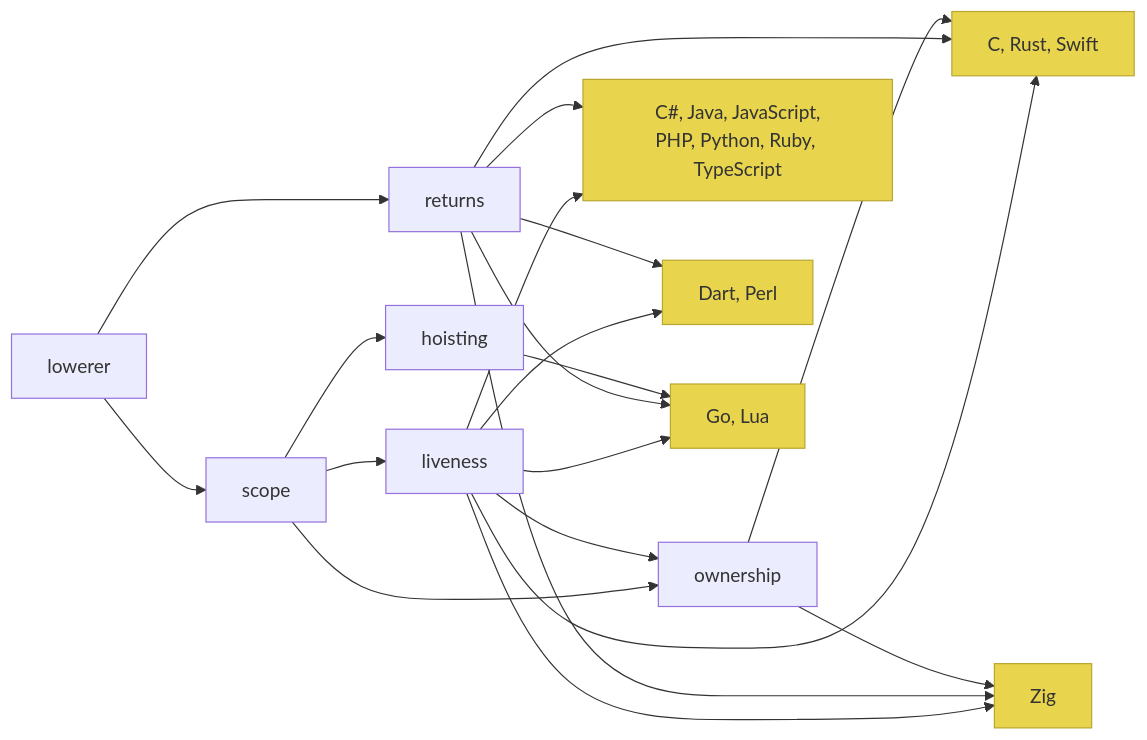
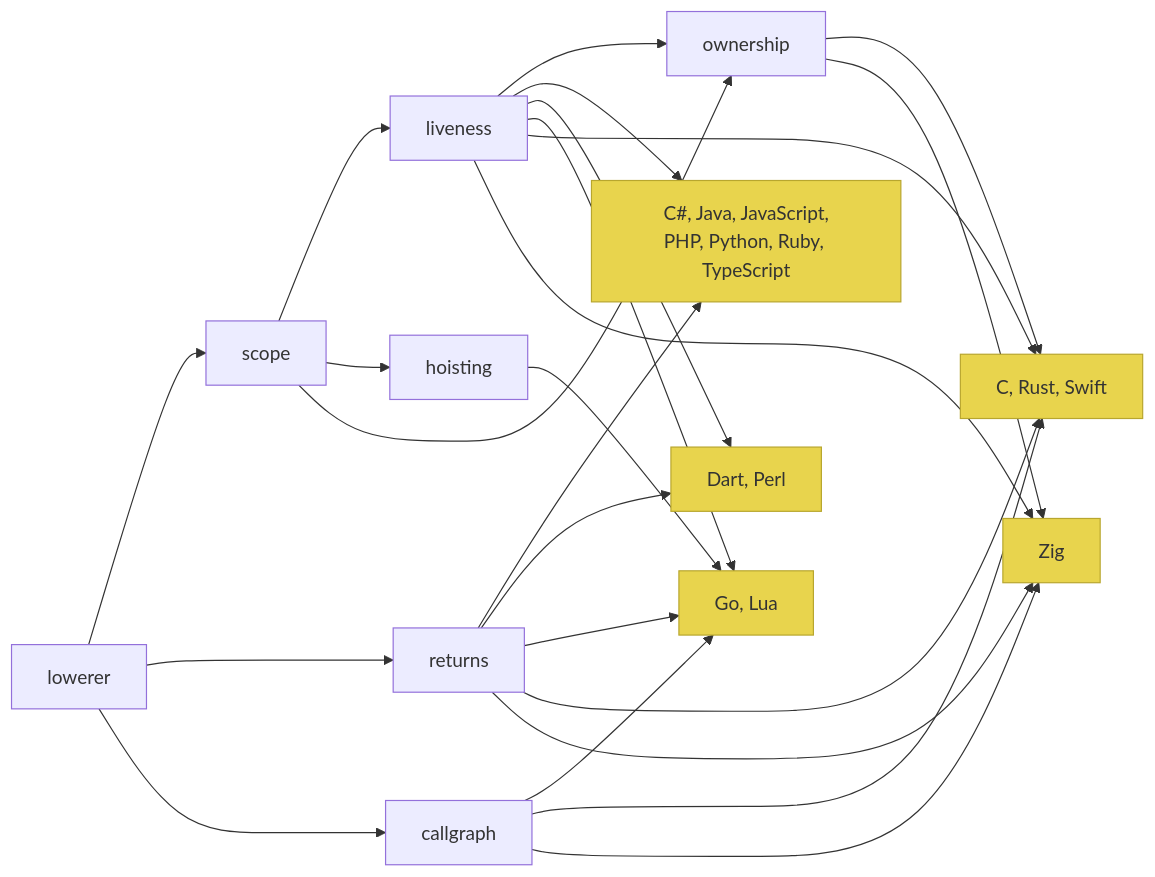
One commit to ldayton/Tongues changed the diagram in taytsh/spec/middleend-spec-v2.md. Above: the diagram before and after it, drawn with Mermaid. The commit also changed other lines of this file and 3 other files, not shown here.

````diff
--- a/taytsh/spec/middleend-spec-v2.md
+++ b/taytsh/spec/middleend-spec-v2.md
@@ -81,28 +99,32 @@
 ```mermaid
 graph LR
     lowerer --> scope
     lowerer --> returns
+    lowerer --> callgraph
 
     scope --> liveness
     scope --> hoisting
     scope --> ownership
     liveness --> ownership
 
     liveness --> g1["C#, Java, JavaScript,
 PHP, Python, Ruby, TypeScript"]:::lang
     liveness --> g2["Dart, Perl"]:::lang
     liveness --> g3["Go, Lua"]:::lang
     liveness --> g4["C, Rust, Swift"]:::lang
     liveness --> g5["Zig"]:::lang
 
     returns --> g1
     returns --> g2
     returns --> g3
     returns --> g4
     returns --> g5
     hoisting --> g3
+    callgraph --> g3
+    callgraph --> g4
+    callgraph --> g5
     ownership --> g4
     ownership --> g5
 
     classDef lang fill:#e8d44d,stroke:#b8a62e,color:#333
 ```
````
